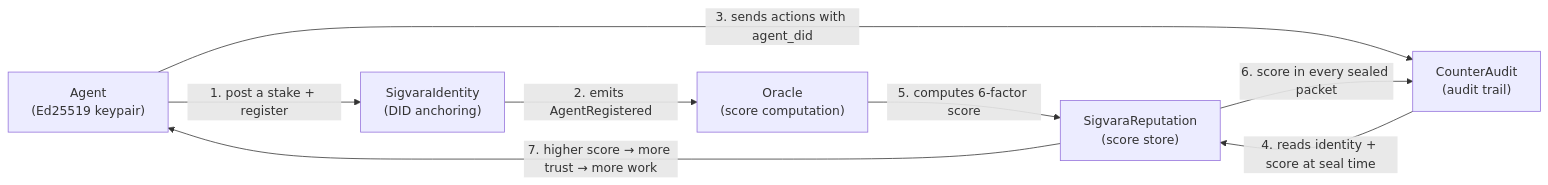
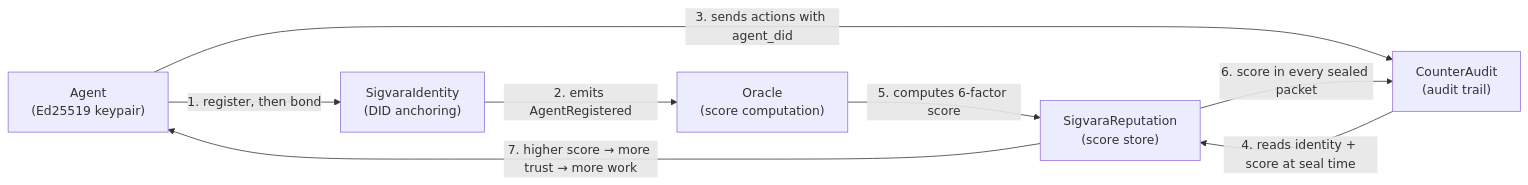
The diagram in docs/ecosystem.md (RunTimeAdmin/Sigvara), drawn with Mermaid before and after one commit. The commit also changed other lines of this file and 10 other files, not shown here.

````diff
--- a/docs/ecosystem.md
+++ b/docs/ecosystem.md
@@ -33,16 +33,16 @@
 ```mermaid
 graph LR
     A["Agent\n(Ed25519 keypair)"]
     ID["SigvaraIdentity\n(DID anchoring)"]
     CA["CounterAudit\n(audit trail)"]
     OC["Oracle\n(score computation)"]
     REP["SigvaraReputation\n(score store)"]
 
-    A -->|"1. post a stake + register"| ID
+    A -->|"1. register, then bond"| ID
     ID -->|"2. emits AgentRegistered"| OC
     A -->|"3. sends actions with agent_did"| CA
     CA -->|"4. reads identity + score at seal time"| REP
     OC -->|"5. computes 6-factor score"| REP
     REP -->|"6. score in every sealed packet"| CA
     REP -->|"7. higher score → more trust → more work"| A
 ```
````
